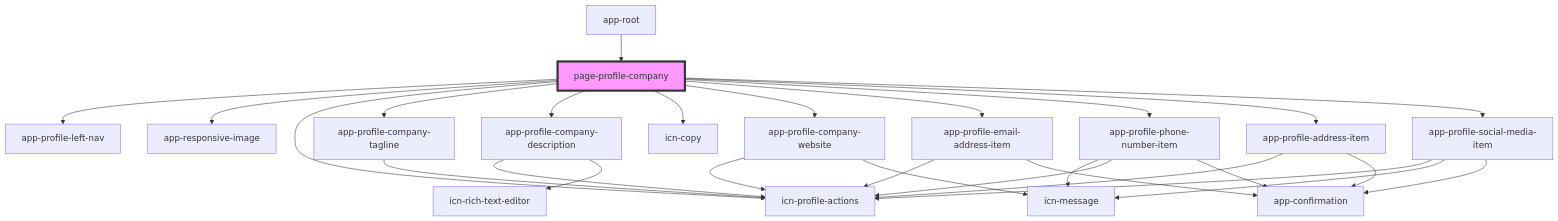
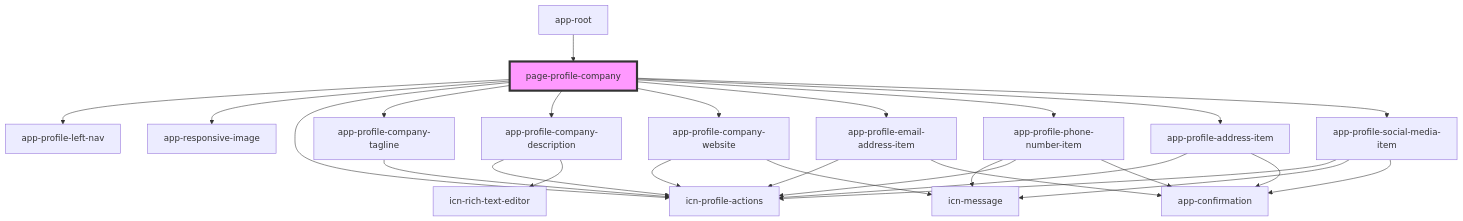
Before and after one commit to lokheed/IconEventNetwork.Web: the diagram in iconeventnetwork-web/src/components/pages/page-profile-company/readme.md, drawn with Mermaid. The commit also changed other lines of this file and 5 other files, not shown here.

````diff
--- a/iconeventnetwork-web/src/components/pages/page-profile-company/readme.md
+++ b/iconeventnetwork-web/src/components/pages/page-profile-company/readme.md
@@ -36,31 +35,30 @@
 ```mermaid
 graph TD;
   page-profile-company --> app-profile-left-nav
   page-profile-company --> app-responsive-image
   page-profile-company --> icn-profile-actions
   page-profile-company --> app-profile-company-tagline
   page-profile-company --> app-profile-company-description
-  page-profile-company --> icn-copy
   page-profile-company --> app-profile-company-website
   page-profile-company --> app-profile-email-address-item
   page-profile-company --> app-profile-phone-number-item
   page-profile-company --> app-profile-address-item
   page-profile-company --> app-profile-social-media-item
   app-profile-company-tagline --> icn-profile-actions
   app-profile-company-description --> icn-profile-actions
   app-profile-company-description --> icn-rich-text-editor
   app-profile-company-website --> icn-profile-actions
   app-profile-company-website --> icn-message
   app-profile-email-address-item --> icn-profile-actions
   app-profile-email-address-item --> app-confirmation
   app-profile-phone-number-item --> icn-message
   app-profile-phone-number-item --> icn-profile-actions
   app-profile-phone-number-item --> app-confirmation
   app-profile-address-item --> icn-profile-actions
   app-profile-address-item --> app-confirmation
   app-profile-social-media-item --> icn-profile-actions
   app-profile-social-media-item --> icn-message
   app-profile-social-media-item --> app-confirmation
   app-root --> page-profile-company
   style page-profile-company fill:#f9f,stroke:#333,stroke-width:4px
 ```
````
